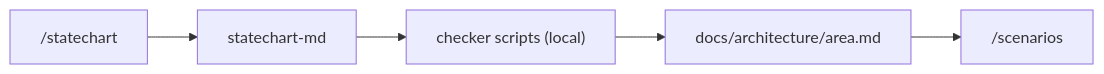
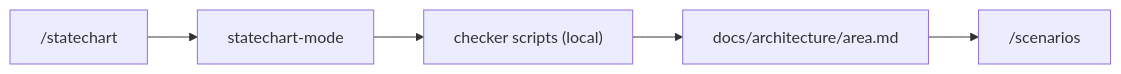
One commit to svennijhuis/agentPacks changed the diagram in docs/pbi/squad/ps12-statechart-command-and-flow.md. Above: the diagram before and after it, drawn with Mermaid. The commit also changed other lines of this file and 27 other files, not shown here.

Commit message:
docs(pbi/squad): hubs renamed to poteto style -mode (squad-mode, pack-author-mode, pack-check-mode, statechart-mode, scenarios-mode, security-audit-mode); old -md dirs move with pointer until GA07; today paths keep main names

````diff
--- a/docs/pbi/squad/ps12-statechart-command-and-flow.md
+++ b/docs/pbi/squad/ps12-statechart-command-and-flow.md
@@ -100,4 +100,4 @@
 ```mermaid
 flowchart LR
-  C["/statechart"] --> S["statechart-md"] --> K["checker scripts (local)"] --> D["docs/architecture/area.md"] --> SC["/scenarios"]
+  C["/statechart"] --> S["statechart-mode"] --> K["checker scripts (local)"] --> D["docs/architecture/area.md"] --> SC["/scenarios"]
 ```
````
